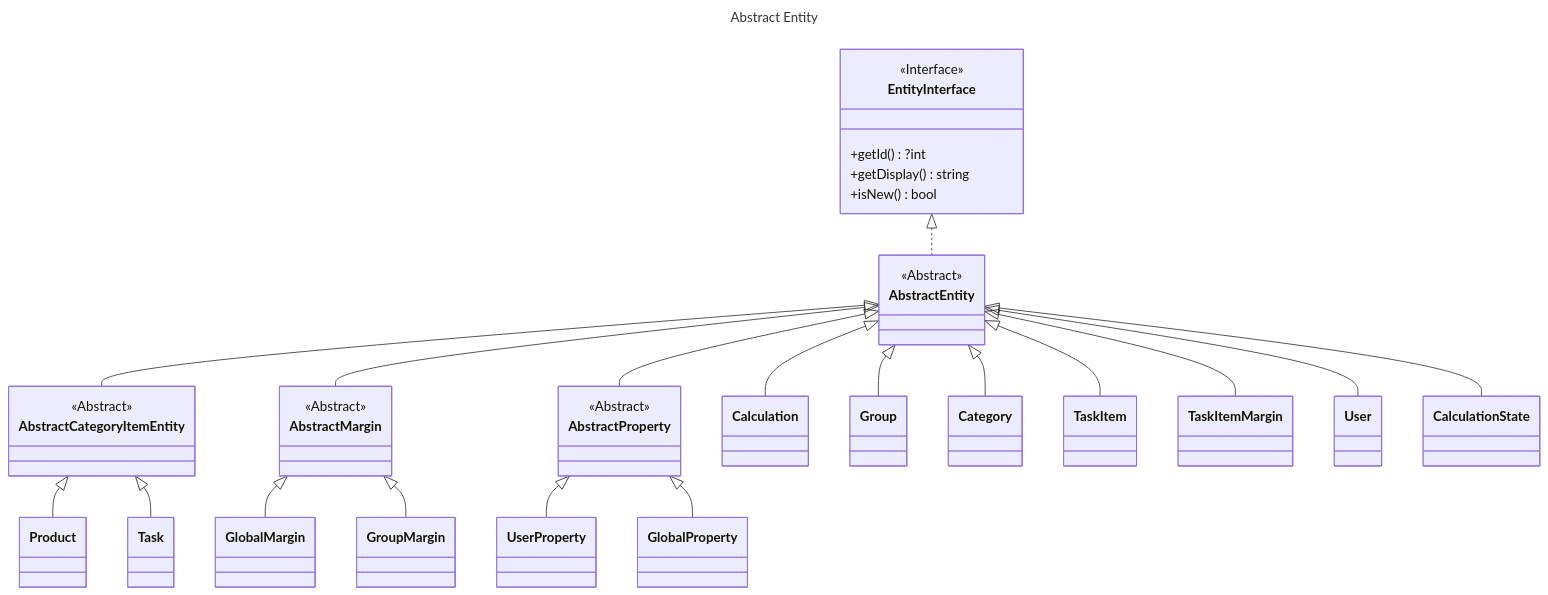
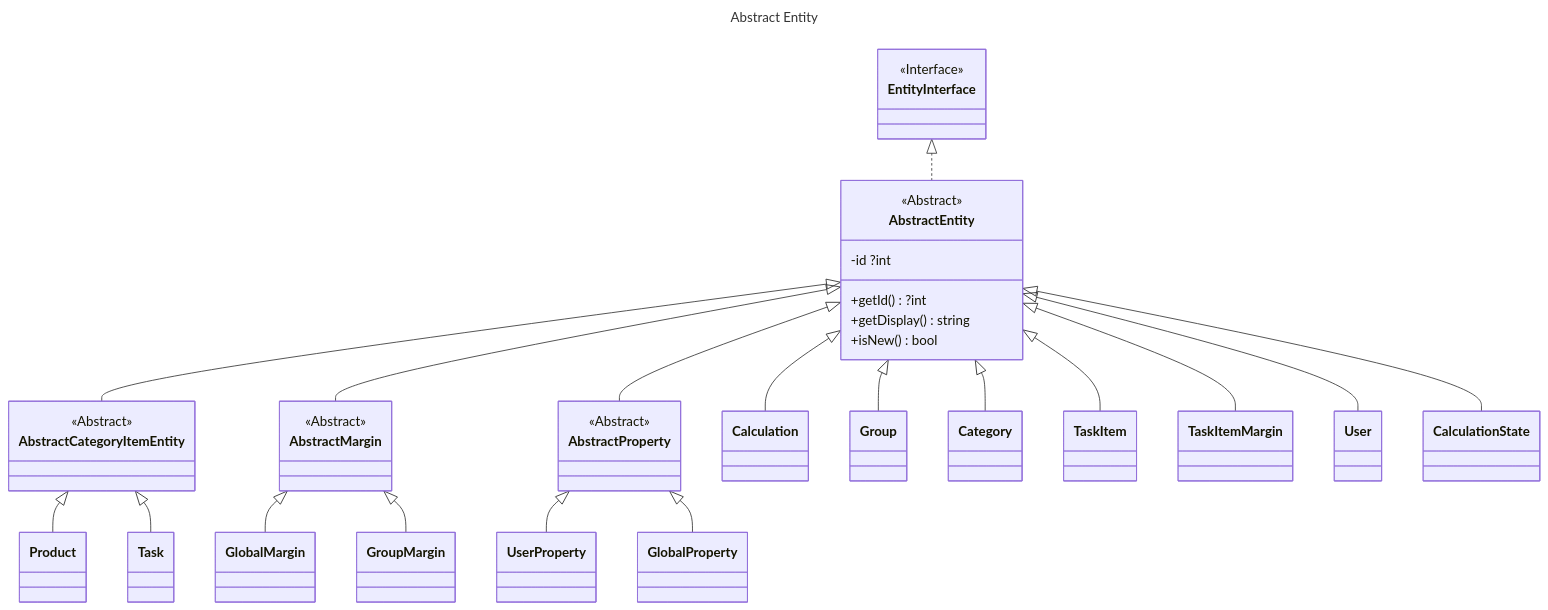
The diagram in resources/diagram/abstract_entity.mmd (laurentmuller/calculation), drawn with Mermaid before and after one commit. The commit also changed 19 other files, not shown here.

Commit message:
Updated CSS and JS diagram.

```diff
--- a/resources/diagram/abstract_entity.mmd
+++ b/resources/diagram/abstract_entity.mmd
@@ -1,99 +1,100 @@
 ---
 title: Abstract Entity
 ---
 classDiagram
     direction TB
 
     class EntityInterface {
         <<Interface>>
-        +getId() ?int
-        +getDisplay() string
-        +isNew() bool
     }
 
     class AbstractEntity {
         <<Abstract>>
+        -id ?int
+        +getId() ?int
+        +getDisplay() string
+        +isNew() bool
     }
 
     class AbstractCategoryItemEntity {
         <<Abstract>>
     }
 
     class AbstractProperty {
         <<Abstract>>
     }
 
     class AbstractMargin {
         <<Abstract>>
     }
     class Calculation {
     }
 
     class Group {
     }
 
     class GroupMargin {
     }
 
     class Category {
     }
 
     class Product {
     }
 
     class Task {
     }
 
     class TaskItem {
     }
 
     class TaskItemMargin {
     }
 
     class User {
     }
 
     class UserProperty {
     }
 
     class GlobalProperty {
     }
 
     class GlobalMargin {
     }
 
     class CalculationState {
     }
 
     EntityInterface <|.. AbstractEntity
 
     AbstractEntity <|-- AbstractCategoryItemEntity
     AbstractEntity <|-- AbstractMargin
     AbstractEntity <|-- AbstractProperty
     AbstractEntity <|-- Calculation
     AbstractEntity <|-- CalculationState
     AbstractEntity <|-- Group
     AbstractEntity <|-- Category
     AbstractEntity <|-- TaskItem
     AbstractEntity <|-- TaskItemMargin
     AbstractEntity <|-- User
 
     AbstractCategoryItemEntity <|-- Product
     AbstractCategoryItemEntity <|-- Task
 
     AbstractProperty <|-- UserProperty
     AbstractProperty <|-- GlobalProperty
 
     AbstractMargin <|-- GlobalMargin
     AbstractMargin <|-- GroupMargin
 
     click EntityInterface call nodeCallback()
     click AbstractMargin call nodeCallback()
     click AbstractProperty call nodeCallback()
     click Calculation call nodeCallback()
     click CalculationState call nodeCallback()
     click Group call nodeCallback()
     click Category call nodeCallback()
     click Product call nodeCallback()
     click Task call nodeCallback()
     click User call nodeCallback()
```
